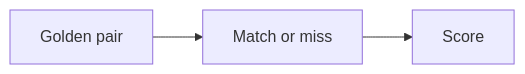
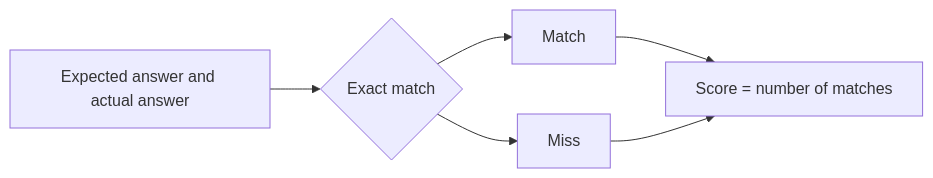
The diagram in lab-evaluation/README.md (mohamedmabrouk582/Android-Ai-Lab), drawn with Mermaid before and after one commit. The commit also changed other lines of this file and 41 other files, not shown here.

````diff
--- a/lab-evaluation/README.md
+++ b/lab-evaluation/README.md
@@ -13,4 +35,8 @@
 ```mermaid
 flowchart LR
-  n0["Golden pair"] --> n1["Match or miss"] --> n2["Score"]
+  pair["Expected answer and actual answer"] --> judge{"Exact match"}
+  judge --> hit["Match"]
+  judge --> miss["Miss"]
+  hit --> score["Score = number of matches"]
+  miss --> score
 ```
````
